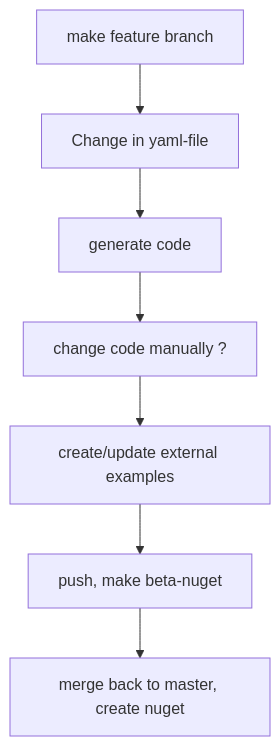
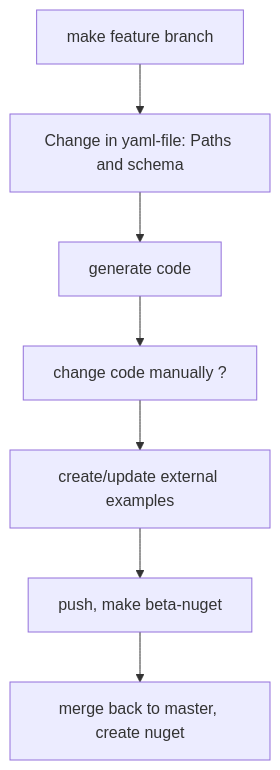
Before and after one commit to PxTools/PxApiSpecs: the diagram in generator/Readme.md, drawn with Mermaid.

````diff
--- a/generator/Readme.md
+++ b/generator/Readme.md
@@ -4,9 +4,9 @@
 ```mermaid      
   graph TD;
       A0[make feature branch]-->A
-      A[Change in yaml-file]-->B[generate code];
+      A[Change in yaml-file: Paths and schema]-->B[generate code];
       B-->C[change code manually ?];
       C-->D[create/update external examples];
       D-->E[push, make beta-nuget];
       E-->F[ merge back to master, create nuget];
 ```
````
